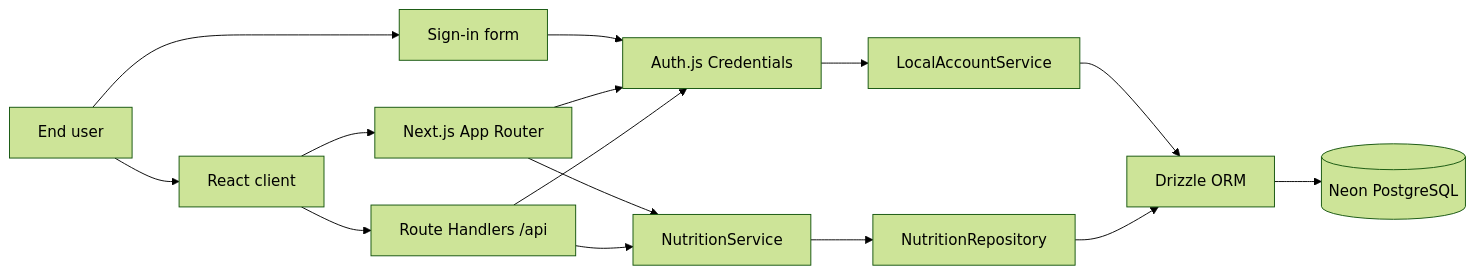
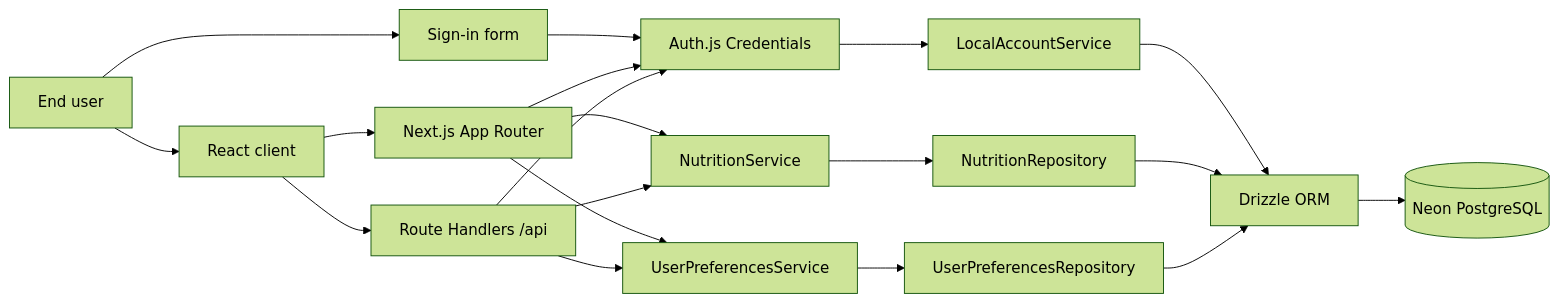
Before and after one commit to Julio92/nutriBro: the diagram in docs/architecture.md, drawn with Mermaid (forest theme). The commit also changed other lines of this file and 26 other files, not shown here.

Commit message:
User preferences database table + integration with fronted

````diff
--- a/docs/architecture.md
+++ b/docs/architecture.md
@@ -11,17 +11,21 @@
 ```mermaid
 flowchart LR
   U[End user] --> F[Sign-in form]
   U --> B[React client]
   B --> P[Next.js App Router]
   B --> A[Route Handlers /api]
   F --> AU[Auth.js Credentials]
   P --> AU
   A --> AU
   AU --> LA[LocalAccountService]
   LA --> D[Drizzle ORM]
   P --> S[NutritionService]
   A --> S
+  P --> PS[UserPreferencesService]
+  A --> PS
   S --> R[NutritionRepository]
   R --> D[Drizzle ORM]
+  PS --> PR[UserPreferencesRepository]
+  PR --> D
   D --> N[(Neon PostgreSQL)]
 ```
````
